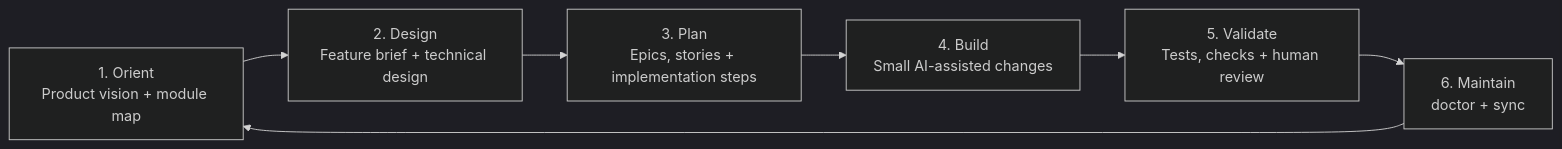
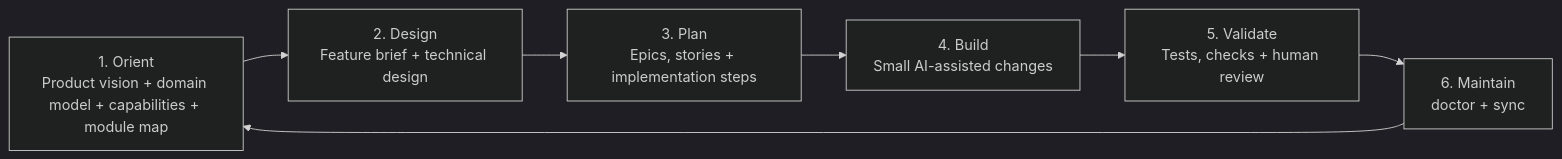
Before and after one commit to juank11memphis/ai-augmented-workflow: the first of 2 diagrams in README.md, drawn with Mermaid (dark theme). The commit also changed other lines of this file, not shown here.

Commit message:
docs: update workflow docs for domain and capabilities maps

````diff
--- a/README.md
+++ b/README.md
@@ -124,9 +124,9 @@
 ```mermaid
 flowchart LR
-  orient["1. Orient<br/>Product vision + module map"] --> design["2. Design<br/>Feature brief + technical design"]
+  orient["1. Orient<br/>Product vision + domain model + capabilities + module map"] --> design["2. Design<br/>Feature brief + technical design"]
   design --> plan["3. Plan<br/>Epics, stories + implementation steps"]
   plan --> build["4. Build<br/>Small AI-assisted changes"]
   build --> validate["5. Validate<br/>Tests, checks + human review"]
   validate --> maintain["6. Maintain<br/>doctor + sync"]
   maintain --> orient
 ```
````
